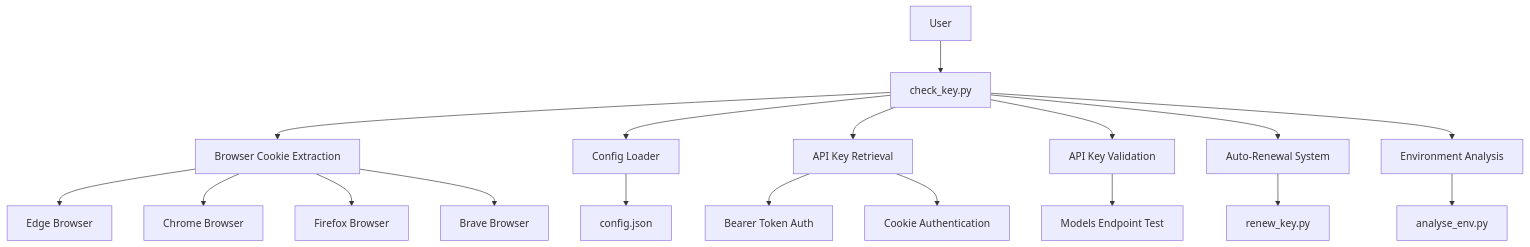
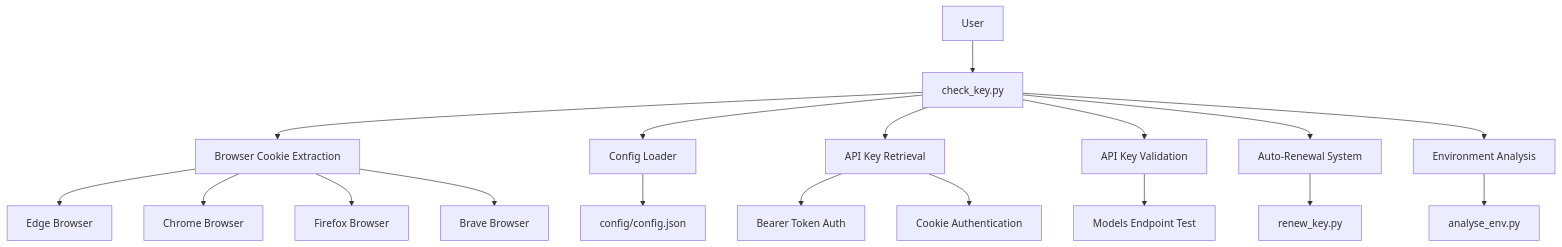
One commit to Enelass/litellm-key-updater changed the first of 4 diagrams in docs/auth_analysis.md. Above: the diagram before and after it, drawn with Mermaid. The commit also changed other lines of this file and 29 other files, not shown here.

````diff
--- a/docs/auth_analysis.md
+++ b/docs/auth_analysis.md
@@ -11,26 +11,26 @@
 ```mermaid
 graph TB
     A[User] --> B[check_key.py]
     B --> C[Browser Cookie Extraction]
     B --> D[Config Loader]
     B --> E[API Key Retrieval]
     B --> F[API Key Validation]
     B --> G[Auto-Renewal System]
     B --> H[Environment Analysis]
     
     C --> C1[Edge Browser]
     C --> C2[Chrome Browser] 
     C --> C3[Firefox Browser]
     C --> C4[Brave Browser]
     
-    D --> D1[config.json]
+    D --> D1[config/config.json]
     
     E --> E1[Bearer Token Auth]
     E --> E2[Cookie Authentication]
     
     F --> F1[Models Endpoint Test]
     
     G --> G1[renew_key.py]
     
     H --> H1[analyse_env.py]
 ```
````
